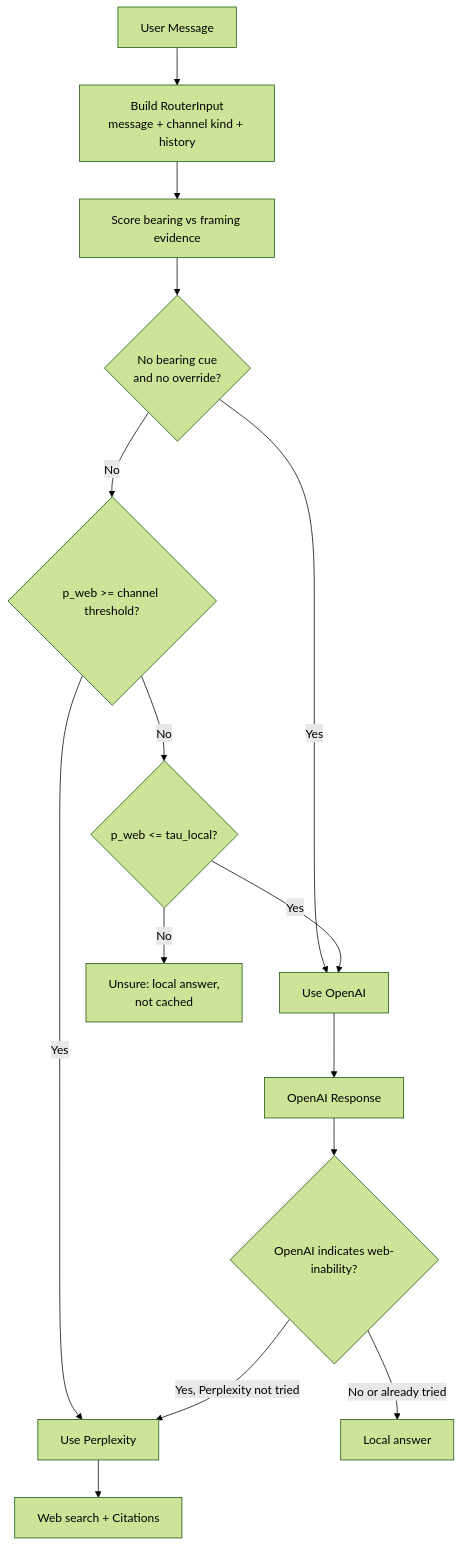
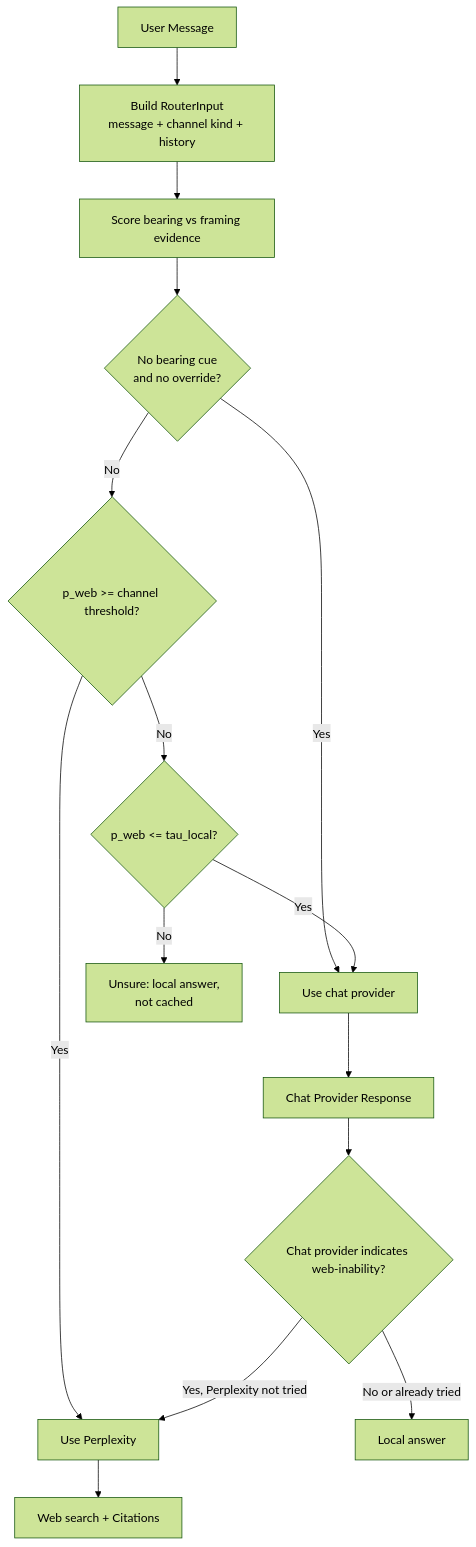
One commit to johndotpub/DiscordianAI changed the diagram in docs/README.md. Above: the diagram before and after it, drawn with Mermaid (forest theme). The commit also changed other lines of this file and 43 other files, not shown here.

````diff
--- a/docs/README.md
+++ b/docs/README.md
@@ -46,23 +46,23 @@
 ```mermaid
 flowchart TD
     A[User Message] --> S[Build RouterInput
 message + channel kind + history]
     S --> D[Score bearing vs framing evidence]
     D --> G{No bearing cue
 and no override?}
-    G -->|Yes| J[Use OpenAI]
+    G -->|Yes| J[Use chat provider]
     G -->|No| T{p_web >= channel threshold?}
     T -->|Yes| F[Use Perplexity]
     T -->|No| L{p_web <= tau_local?}
     L -->|Yes| J
     L -->|No| U[Unsure: local answer,
 not cached]
 
-    %% OpenAI path includes a web-inability check that can reroute to Perplexity once
-    J --> O[OpenAI Response]
-    O --> WI{OpenAI indicates web-inability?}
+    %% Chat path includes a web-inability check that can reroute to Perplexity once
+    J --> O[Chat Provider Response]
+    O --> WI{Chat provider indicates web-inability?}
     WI -->|Yes, Perplexity not tried| F
     WI -->|No or already tried| M[Local answer]
 
     F --> L2[Web search + Citations]
 ```
````
